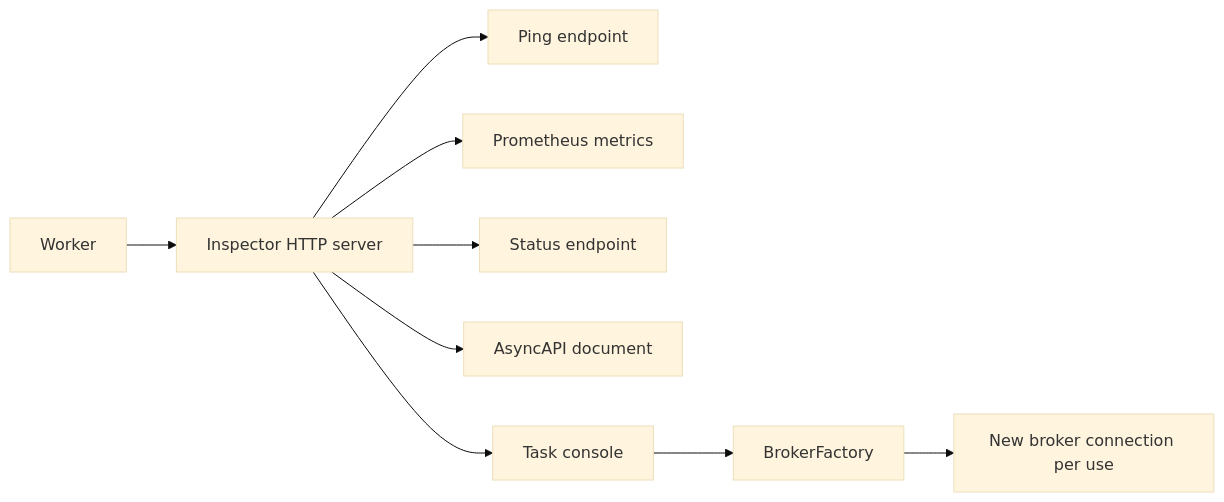
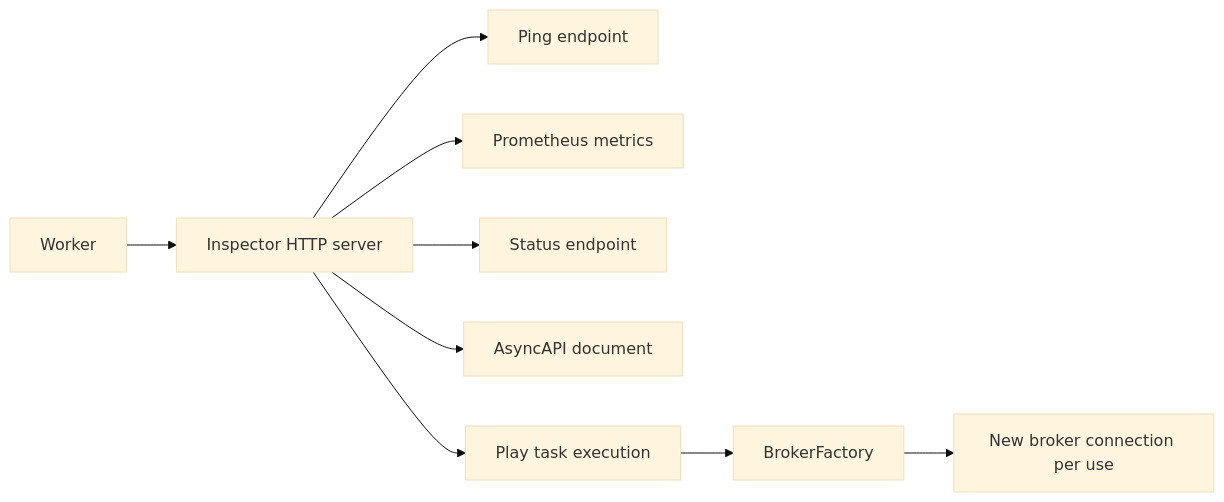
Before and after one commit to yong5eon/DefStream: the diagram in docs/Operations.en.md, drawn with Mermaid (base theme). The commit also changed other lines of this file and 15 other files, not shown here.

````diff
--- a/docs/Operations.en.md
+++ b/docs/Operations.en.md
@@ -63,11 +63,11 @@
 ```mermaid
 flowchart LR
   W[Worker] --> I[Inspector HTTP server]
   I --> P[Ping endpoint]
   I --> M[Prometheus metrics]
   I --> S[Status endpoint]
   I --> A[AsyncAPI document]
-  I --> C[Task console]
+  I --> C[Play task execution]
   C --> F[BrokerFactory]
   F --> B[New broker connection per use]
 ```
````
